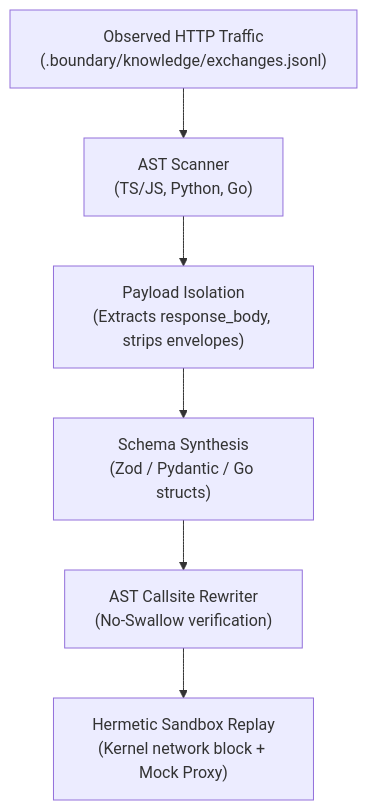
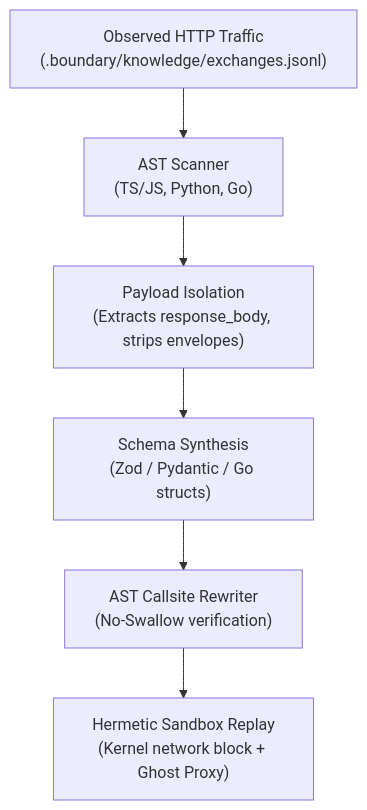
The diagram in README.md (Devaretanmay/Bergendy), drawn with Mermaid before and after one commit. The commit also changed other lines of this file and 82 other files, not shown here.

Commit message:
feat: rebrand to Bergendy with four verbs and resource-based schema naming

````diff
--- a/README.md
+++ b/README.md
@@ -41,8 +43,8 @@
 ```mermaid
 flowchart TD
     A["Observed HTTP Traffic<br/>(.boundary/knowledge/exchanges.jsonl)"] --> B["AST Scanner<br/>(TS/JS, Python, Go)"]
     B --> C["Payload Isolation<br/>(Extracts response_body, strips envelopes)"]
     C --> D["Schema Synthesis<br/>(Zod / Pydantic / Go structs)"]
     D --> E["AST Callsite Rewriter<br/>(No-Swallow verification)"]
-    E --> F["Hermetic Sandbox Replay<br/>(Kernel network block + Mock Proxy)"]
+    E --> F["Hermetic Sandbox Replay<br/>(Kernel network block + Ghost Proxy)"]
 ```
````
